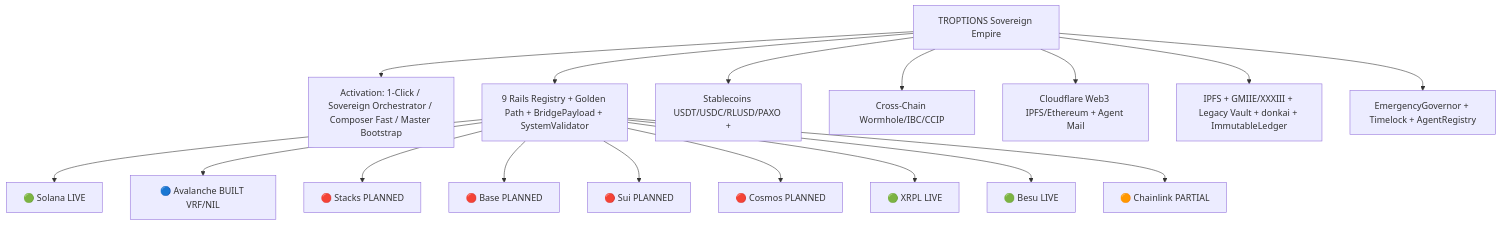
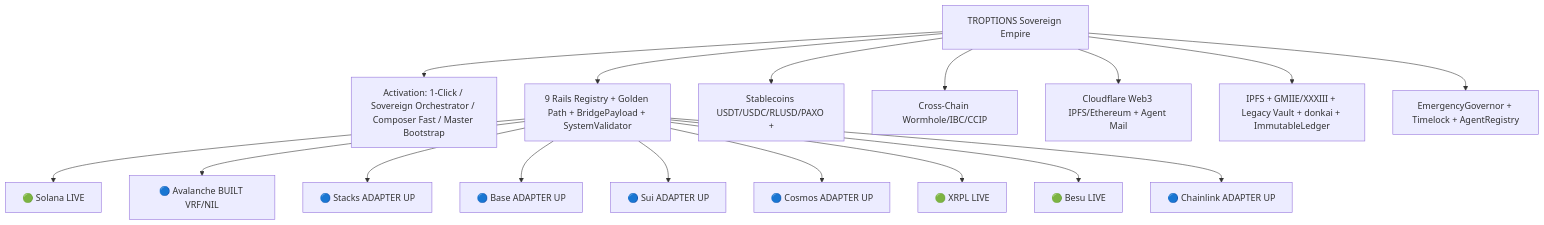
Before and after one commit to FTHTrading/troptions-rails: the first of 6 diagrams in README.md, drawn with Mermaid. The commit also changed other lines of this file and 1 other file, not shown here.

Commit message:
Audit-driven update: Sync README rails table to match site (all 9 with ADAPTER UP status, no PLANNED for chains with starters). Update CONTRACT_TEMPLATES.md count to 33 and add new governance/assurance contracts. Full system audit report in thinking; fixes for consistency and honesty.

````diff
--- a/README.md
+++ b/README.md
@@ -126,20 +126,20 @@
 ```mermaid
 flowchart TD
     Root[TROPTIONS Sovereign Empire]
     Root --> Activation[Activation: 1-Click / Sovereign Orchestrator / Composer Fast / Master Bootstrap]
     Root --> Rails[9 Rails Registry + Golden Path + BridgePayload + SystemValidator]
     Rails --> R1[🟢 Solana LIVE]
     Rails --> R2[🔵 Avalanche BUILT VRF/NIL]
-    Rails --> R3[🔴 Stacks PLANNED]
-    Rails --> R4[🔴 Base PLANNED]
-    Rails --> R5[🔴 Sui PLANNED]
-    Rails --> R6[🔴 Cosmos PLANNED]
+    Rails --> R3[🔵 Stacks ADAPTER UP]
+    Rails --> R4[🔵 Base ADAPTER UP]
+    Rails --> R5[🔵 Sui ADAPTER UP]
+    Rails --> R6[🔵 Cosmos ADAPTER UP]
     Rails --> R7[🟢 XRPL LIVE]
     Rails --> R8[🟢 Besu LIVE]
-    Rails --> R9[🟠 Chainlink PARTIAL]
+    Rails --> R9[🔵 Chainlink ADAPTER UP]
     Root --> Stables[Stablecoins USDT/USDC/RLUSD/PAXO +]
     Root --> Cross[Cross-Chain Wormhole/IBC/CCIP]
     Root --> Web3[Cloudflare Web3 IPFS/Ethereum + Agent Mail]
     Root --> Proof[IPFS + GMIIE/XXXIII + Legacy Vault + donkai + ImmutableLedger]
     Root --> Governance[EmergencyGovernor + Timelock + AgentRegistry]
 ```
````
